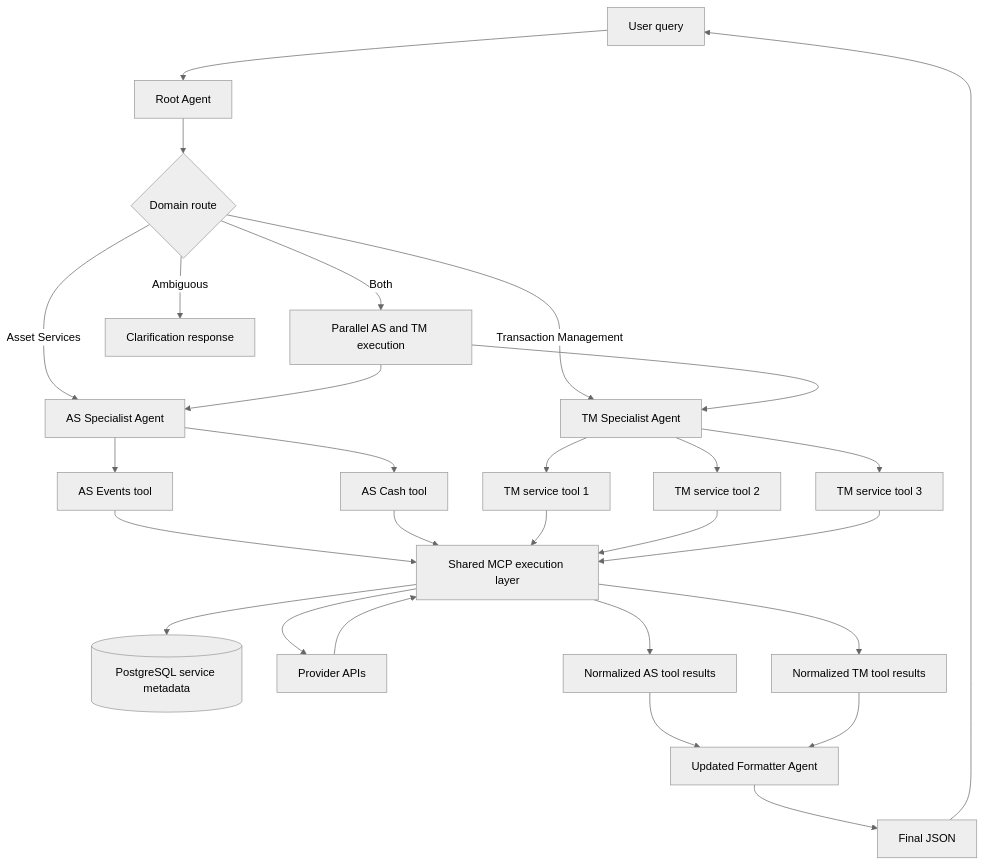
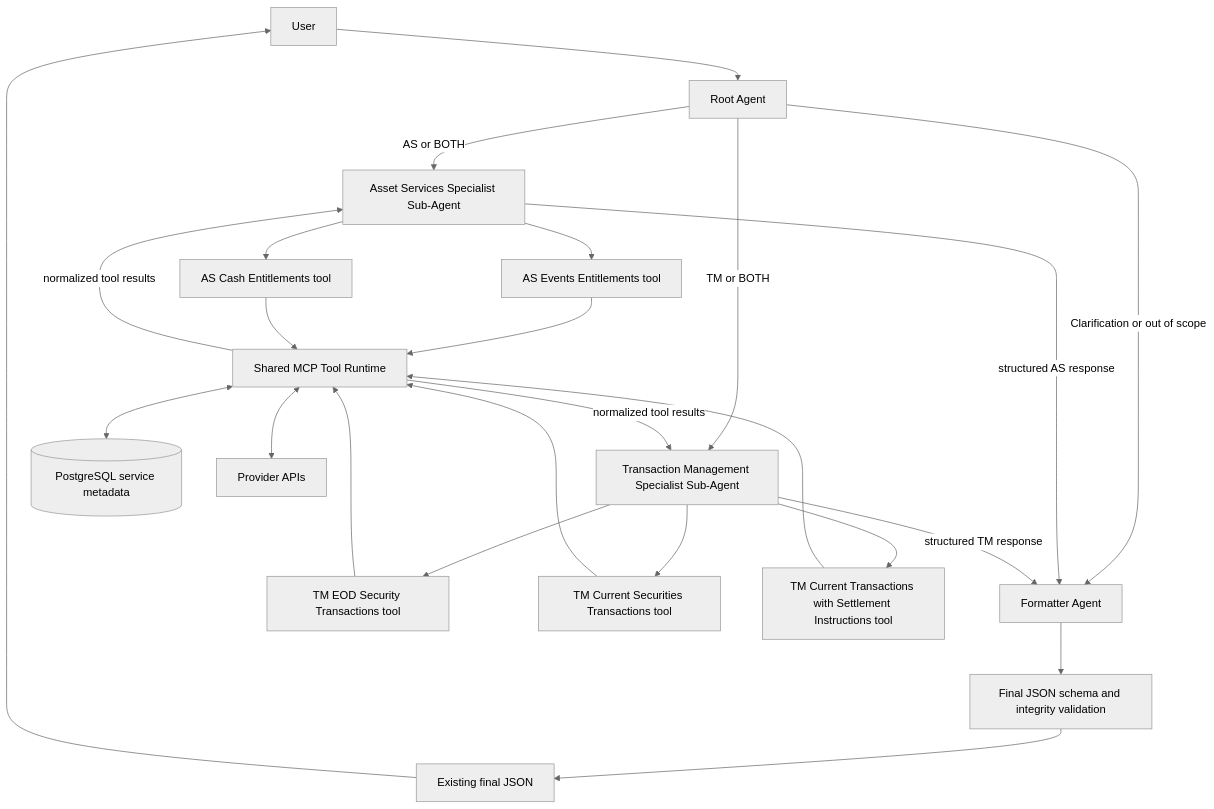
Before and after one commit to sana-work/Code: the diagram in Octobot/Octobot_Architecture_Design_Simplified.md, drawn with Mermaid (neutral theme). The commit also changed other lines of this file and 1 other file, not shown here.

````diff
--- a/Octobot/Octobot_Architecture_Design_Simplified.md
+++ b/Octobot/Octobot_Architecture_Design_Simplified.md
@@ -540,37 +330,32 @@
 ```mermaid
 flowchart TD
-  U[User query] --> R[Root Agent]
-  R --> D{Domain route}
+  U[User] --> R[Root Agent]
 
-  D -->|Asset Services| AS[AS Specialist Agent]
-  D -->|Transaction Management| TM[TM Specialist Agent]
-  D -->|Both| P[Parallel AS and TM execution]
-  D -->|Ambiguous| C[Clarification response]
+  R -->|AS or BOTH| AS[Asset Services Specialist Sub-Agent]
+  R -->|TM or BOTH| TM[Transaction Management Specialist Sub-Agent]
+  R -->|Clarification or out of scope| F[Formatter Agent]
 
-  P --> AS
-  P --> TM
+  AS --> AS1[AS Events Entitlements tool]
+  AS --> AS2[AS Cash Entitlements tool]
+  TM --> TM1[TM EOD Security Transactions tool]
+  TM --> TM2[TM Current Securities Transactions tool]
+  TM --> TM3[TM Current Transactions with Settlement Instructions tool]
 
-  AS --> AS1[AS Events tool]
-  AS --> AS2[AS Cash tool]
-  TM --> TM1[TM service tool 1]
-  TM --> TM2[TM service tool 2]
-  TM --> TM3[TM service tool 3]
+  AS1 --> RT[Shared MCP Tool Runtime]
+  AS2 --> RT
+  TM1 --> RT
+  TM2 --> RT
+  TM3 --> RT
 
-  AS1 --> SE[Shared MCP execution layer]
-  AS2 --> SE
-  TM1 --> SE
-  TM2 --> SE
-  TM3 --> SE
+  RT <--> DB[(PostgreSQL service metadata)]
+  RT <--> API[Provider APIs]
 
-  SE --> MD[(PostgreSQL service metadata)]
-  SE --> PR[Provider APIs]
-  PR --> SE
+  RT -->|normalized tool results| AS
+  RT -->|normalized tool results| TM
+  AS -->|structured AS response| F
+  TM -->|structured TM response| F
 
-  SE --> AR[Normalized AS tool results]
-  SE --> TR[Normalized TM tool results]
-
-  AR --> F[Updated Formatter Agent]
-  TR --> F
-  F --> O[Final JSON]
+  F --> V[Final JSON schema and integrity validation]
+  V --> O[Existing final JSON]
   O --> U
 ```
````
